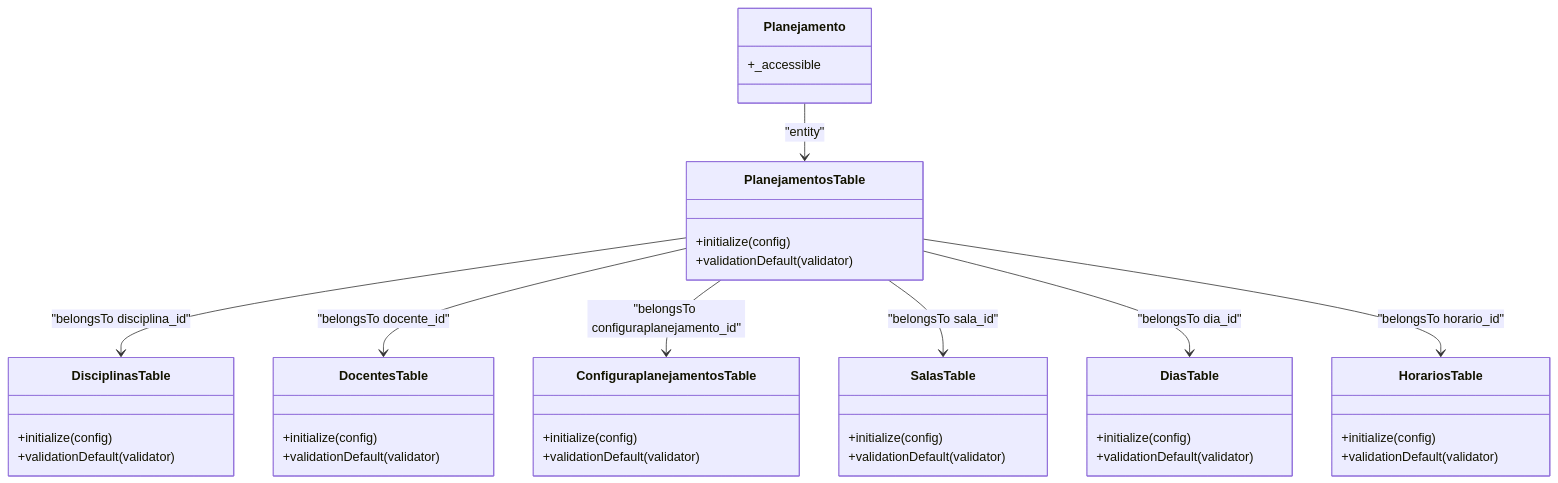
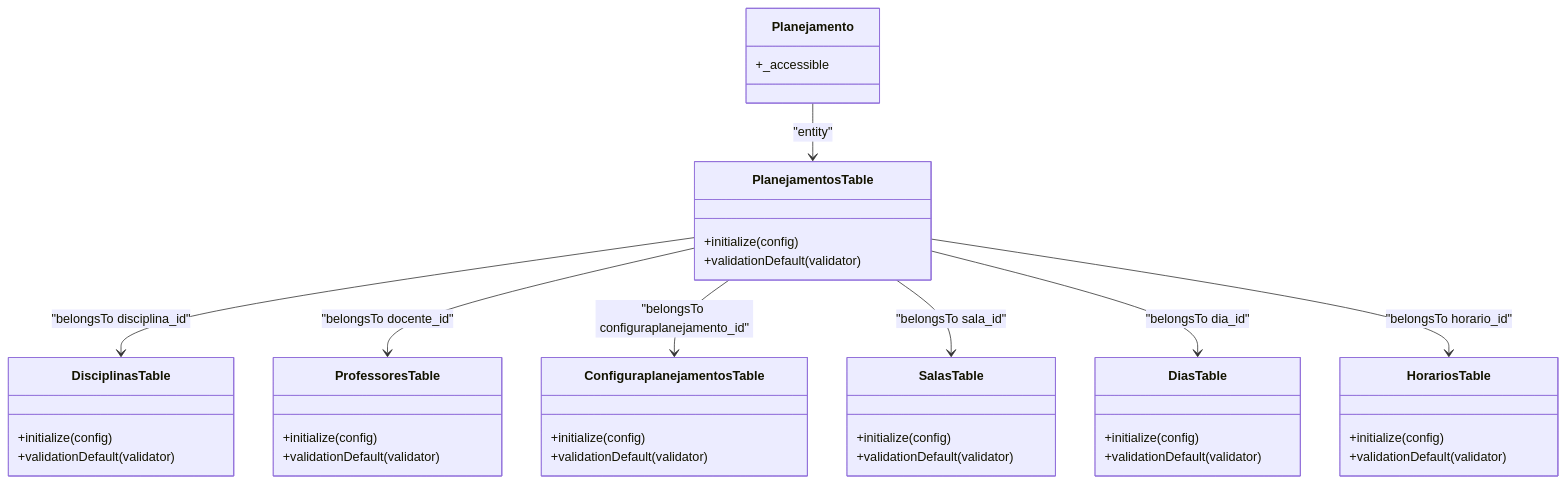
The third of 5 diagrams in .qoder/repowiki/en/content/Core Features/Academic Planning Management/Data Relationships and Entity Mapping.md (luiseduacosta/planejamento5), drawn with Mermaid before and after one commit. The commit also changed other lines of this file and 37 other files, not shown here.

Commit message:
repowiki: rename Docentes → Professores in metadata

````diff
--- a/.qoder/repowiki/en/content/Core Features/Academic Planning Management/Data Relationships and Entity Mapping.md
+++ b/.qoder/repowiki/en/content/Core Features/Academic Planning Management/Data Relationships and Entity Mapping.md
@@ -249,41 +249,41 @@
 ```mermaid
 classDiagram
 class PlanejamentosTable {
 +initialize(config)
 +validationDefault(validator)
 }
 class Planejamento {
 +_accessible
 }
 class DisciplinasTable {
 +initialize(config)
 +validationDefault(validator)
 }
-class DocentesTable {
+class ProfessoresTable {
 +initialize(config)
 +validationDefault(validator)
 }
 class ConfiguraplanejamentosTable {
 +initialize(config)
 +validationDefault(validator)
 }
 class SalasTable {
 +initialize(config)
 +validationDefault(validator)
 }
 class DiasTable {
 +initialize(config)
 +validationDefault(validator)
 }
 class HorariosTable {
 +initialize(config)
 +validationDefault(validator)
 }
 PlanejamentosTable --> DisciplinasTable : "belongsTo disciplina_id"
-PlanejamentosTable --> DocentesTable : "belongsTo docente_id"
+PlanejamentosTable --> ProfessoresTable : "belongsTo docente_id"
 PlanejamentosTable --> ConfiguraplanejamentosTable : "belongsTo configuraplanejamento_id"
 PlanejamentosTable --> SalasTable : "belongsTo sala_id"
 PlanejamentosTable --> DiasTable : "belongsTo dia_id"
 PlanejamentosTable --> HorariosTable : "belongsTo horario_id"
 Planejamento --> PlanejamentosTable : "entity"
 ```
````
